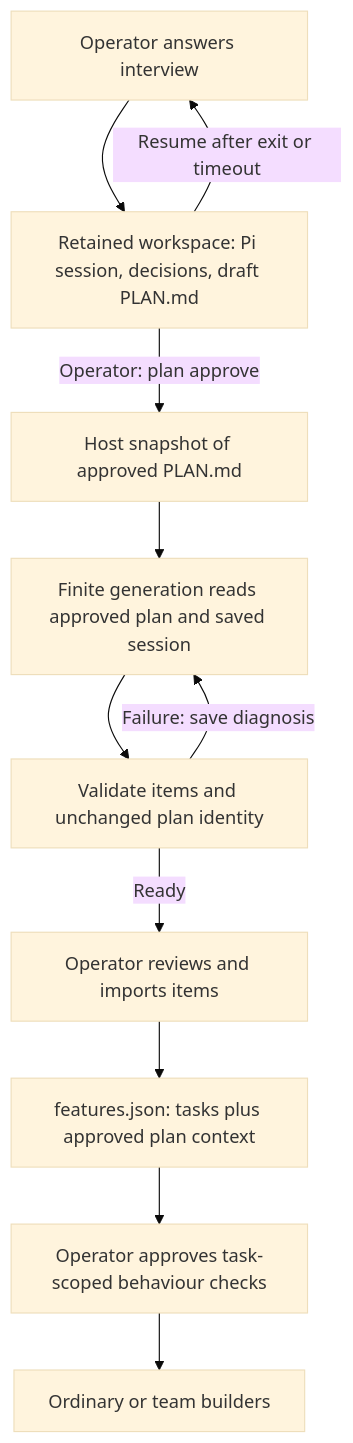
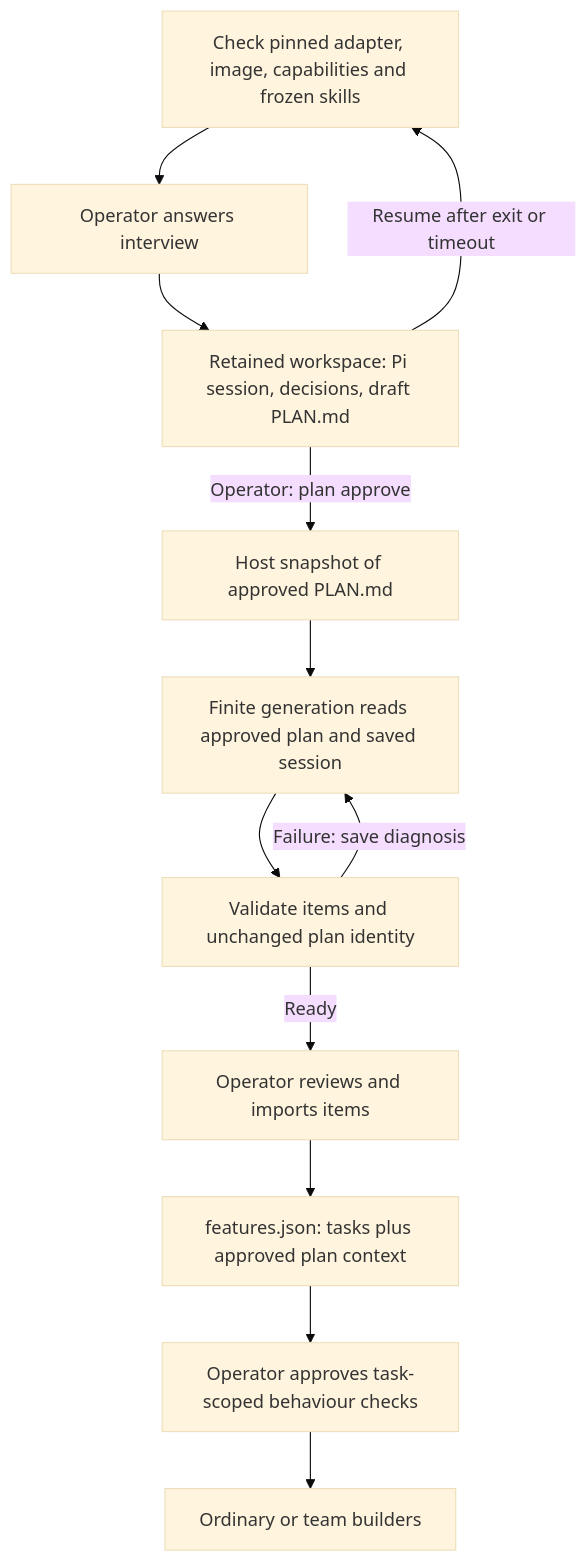
One commit to BleOdel/agent-harness changed the first of 7 diagrams in ARCHITECTURE.md. Above: the diagram before and after it, drawn with Mermaid (base theme). The commit also changed other lines of this file and 44 other files, not shown here.

````diff
--- a/ARCHITECTURE.md
+++ b/ARCHITECTURE.md
@@ -11,13 +10,14 @@
 ```mermaid
 flowchart TD
-  U["Operator answers interview"] --> W["Retained workspace: Pi session, decisions, draft PLAN.md"]
-  W -->|Resume after exit or timeout| U
+  E["Check pinned adapter, image, capabilities and frozen skills"] --> U["Operator answers interview"]
+  U --> W["Retained workspace: Pi session, decisions, draft PLAN.md"]
+  W -->|Resume after exit or timeout| E
   W -->|Operator: plan approve| P["Host snapshot of approved PLAN.md"]
   P --> G["Finite generation reads approved plan and saved session"]
   G --> V["Validate items and unchanged plan identity"]
   V -->|Failure: save diagnosis| G
   V -->|Ready| I["Operator reviews and imports items"]
   I --> F["features.json: tasks plus approved plan context"]
   F --> C["Operator approves task-scoped behaviour checks"]
   C --> B["Ordinary or team builders"]
 ```
````
